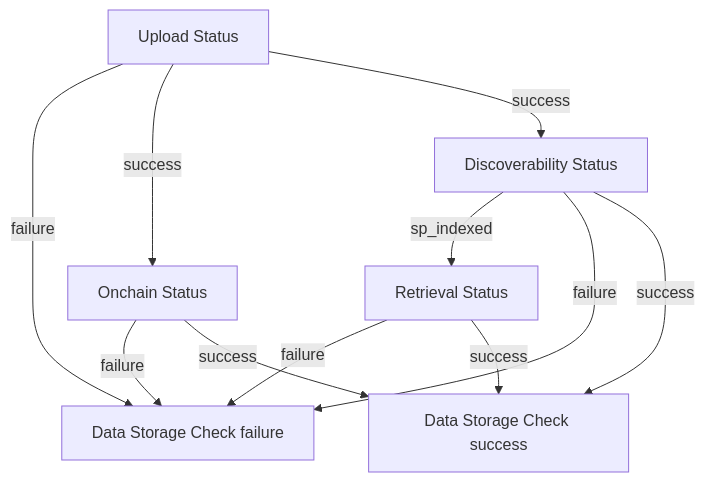
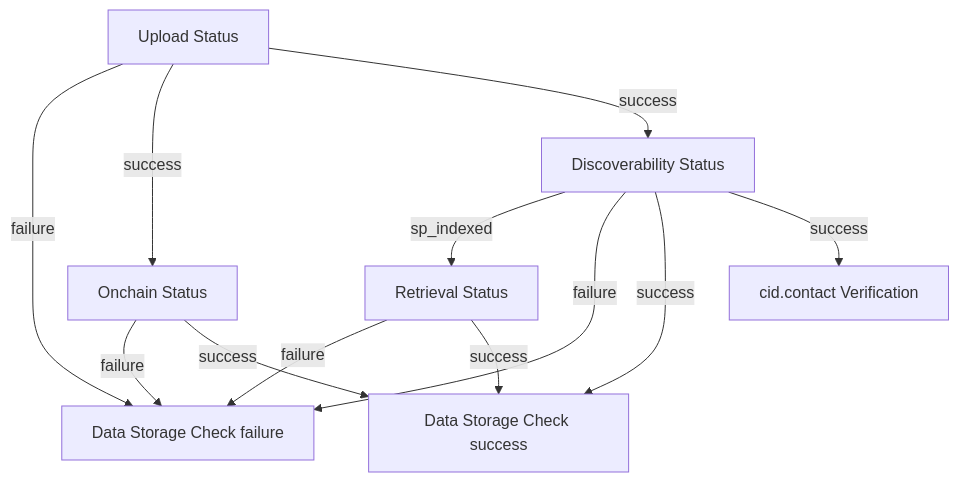
One commit to FilOzone/dealbot changed the second of 2 diagrams in docs/checks/data-storage.md. Above: the diagram before and after it, drawn with Mermaid. The commit also changed other lines of this file and 8 other files, not shown here.

First line of the commit message:
feat: add cid.contact ipni verification after filecoinpin.contact check (#580)

````diff
--- a/docs/checks/data-storage.md
+++ b/docs/checks/data-storage.md
@@ -124,22 +129,24 @@
 ```mermaid
 flowchart TD
   U["Upload Status"]
   O["Onchain Status"]
   D["Discoverability Status"]
+  CV["cid.contact Verification"]
   R["Retrieval Status"]
   OK["Data Storage Check success"]
   FAIL["Data Storage Check failure"]
 
   U -->|failure| FAIL
   U -->|success| O
   U -->|success| D
   D -->|sp_indexed| R
 
   O -->|failure| FAIL
   D -->|failure| FAIL
   R -->|failure| FAIL
 
   O -->|success| OK
   D -->|success| OK
+  D -->|success| CV
   R -->|success| OK
 ```
````
